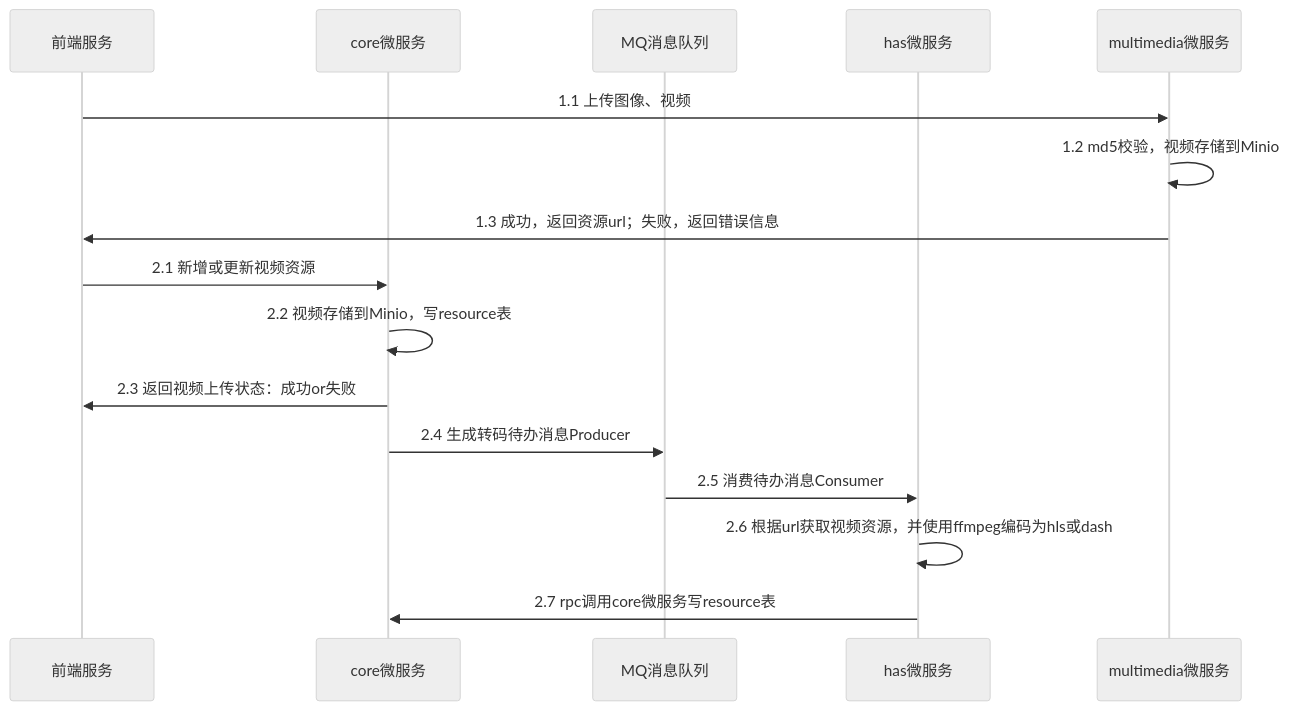
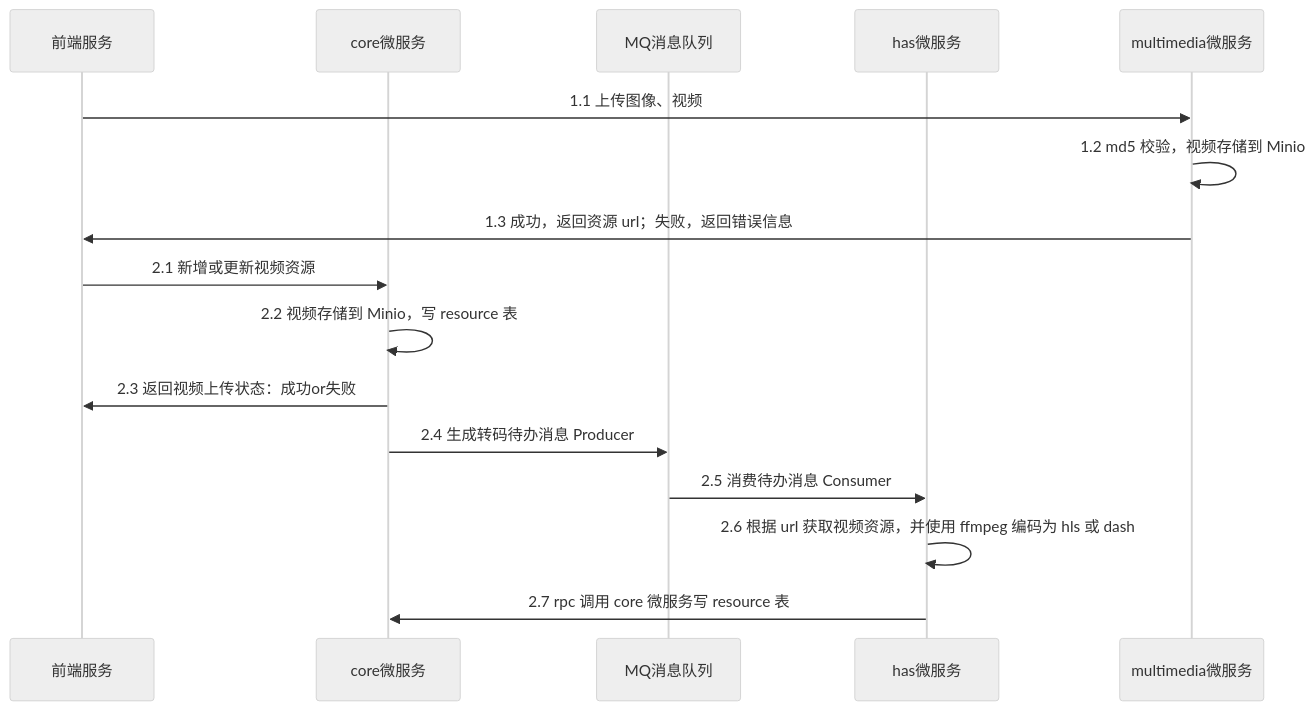
The diagram in has/README.md (xiaolinstar/magic-video-backend), drawn with Mermaid (neutral theme) before and after one commit. The commit also changed other lines of this file and 8 other files, not shown here.

````diff
--- a/has/README.md
+++ b/has/README.md
@@ -20,19 +21,18 @@
 ```mermaid
 sequenceDiagram
     participant 前端服务
     participant core微服务
     participant MQ消息队列
     participant has微服务
     participant multimedia微服务
     前端服务 ->> multimedia微服务: 1.1 上传图像、视频
-    multimedia微服务 ->> multimedia微服务: 1.2 md5校验，视频存储到Minio
-    multimedia微服务 ->> 前端服务: 1.3 成功，返回资源url；失败，返回错误信息
+    multimedia微服务 ->> multimedia微服务: 1.2 md5 校验，视频存储到 Minio
+    multimedia微服务 ->> 前端服务: 1.3 成功，返回资源 url；失败，返回错误信息
     前端服务 ->> core微服务: 2.1 新增或更新视频资源
-    core微服务 ->> core微服务: 2.2 视频存储到Minio，写resource表
+    core微服务 ->> core微服务: 2.2 视频存储到 Minio，写 resource 表
     core微服务 ->> 前端服务: 2.3 返回视频上传状态：成功or失败
-    core微服务 ->> MQ消息队列: 2.4 生成转码待办消息Producer
-    MQ消息队列 ->> has微服务: 2.5 消费待办消息Consumer
-    has微服务 ->> has微服务: 2.6 根据url获取视频资源，并使用ffmpeg编码为hls或dash
-    has微服务 ->> core微服务: 2.7 rpc调用core微服务写resource表
-
+    core微服务 ->> MQ消息队列: 2.4 生成转码待办消息 Producer
+    MQ消息队列 ->> has微服务: 2.5 消费待办消息 Consumer
+    has微服务 ->> has微服务: 2.6 根据 url 获取视频资源，并使用 ffmpeg 编码为 hls 或 dash
+    has微服务 ->> core微服务: 2.7 rpc 调用 core 微服务写 resource 表
 ```
````
